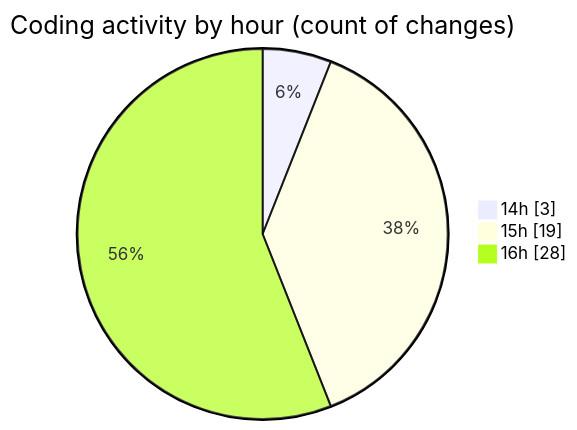
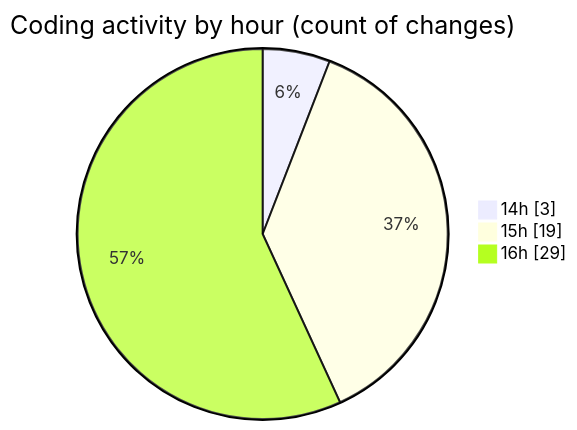
One commit to debugP/code-tracking changed the second of 2 diagrams in 2025-10-02/untitled__workspace_/README.md. Above: the diagram before and after it, drawn with Mermaid. The commit also changed other lines of this file and 1 other file, not shown here.

````diff
--- a/2025-10-02/untitled__workspace_/README.md
+++ b/2025-10-02/untitled__workspace_/README.md
@@ -29,7 +29,7 @@
 ```mermaid
 pie showData
 title Coding activity by hour (count of changes)
 "14h" : 3
 "15h" : 19
-"16h" : 28
+"16h" : 29
 ```
````
